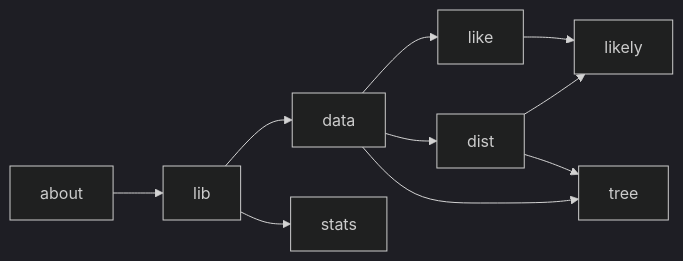
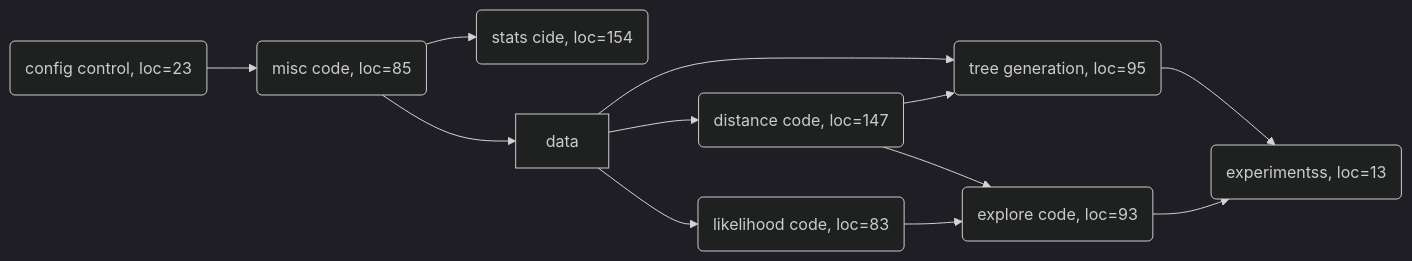
One commit to timm/ezr changed the diagram in ezr/README.md. Above: the diagram before and after it, drawn with Mermaid (dark theme). The commit also changed other lines of this file and 2 other files, not shown here.

````diff
--- a/ezr/README.md
+++ b/ezr/README.md
@@ -3,12 +3,22 @@
 ```mermaid
 graph LR;
+lib(misc code, loc=85);
+about(config control, loc=23);
+dist(distance code, loc=147);
+like(likelihood code, loc=83);
+likely(explore code, loc=93);
+rq(experimentss, loc=13);
+stats(stats cide, loc=154);
+tree(tree generation, loc=95);
 lib --> data;
 data --> dist;
 about --> lib;
 data --> like;
 dist --> likely;
 like --> likely;
 lib --> stats;
 data --> tree;
 dist --> tree;
+tree --> rq;
+likely --> rq;
 ```
````
